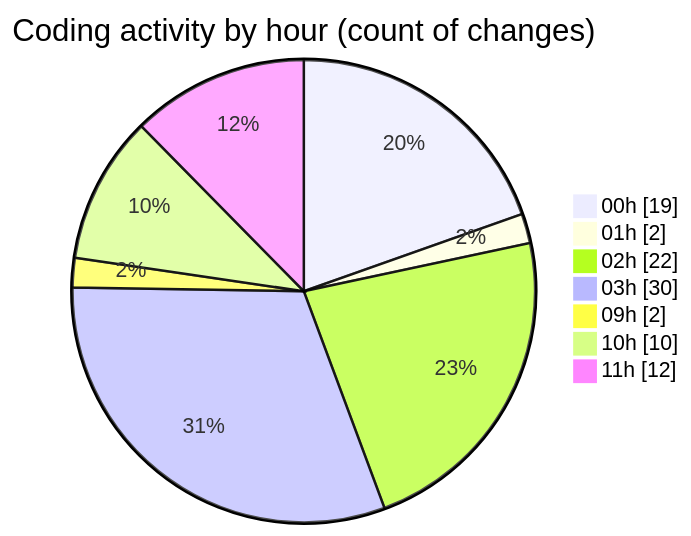
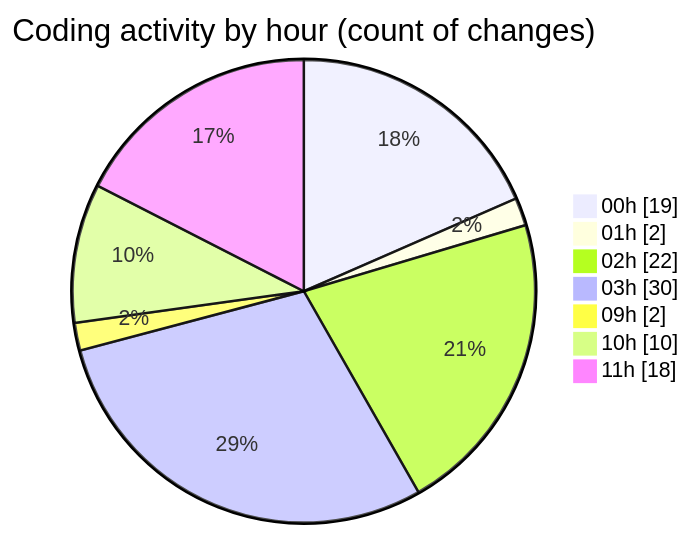
Before and after one commit to julien-gomy/code-tracking: the second of 2 diagrams in 2025-10-21/eventscop-frontend-guide__workspace_/README.md, drawn with Mermaid. The commit also changed other lines of this file and 1 other file, not shown here.

````diff
--- a/2025-10-21/eventscop-frontend-guide__workspace_/README.md
+++ b/2025-10-21/eventscop-frontend-guide__workspace_/README.md
@@ -47,11 +47,11 @@
 ```mermaid
 pie showData
 title Coding activity by hour (count of changes)
 "00h" : 19
 "01h" : 2
 "02h" : 22
 "03h" : 30
 "09h" : 2
 "10h" : 10
-"11h" : 12
+"11h" : 18
 ```
````
